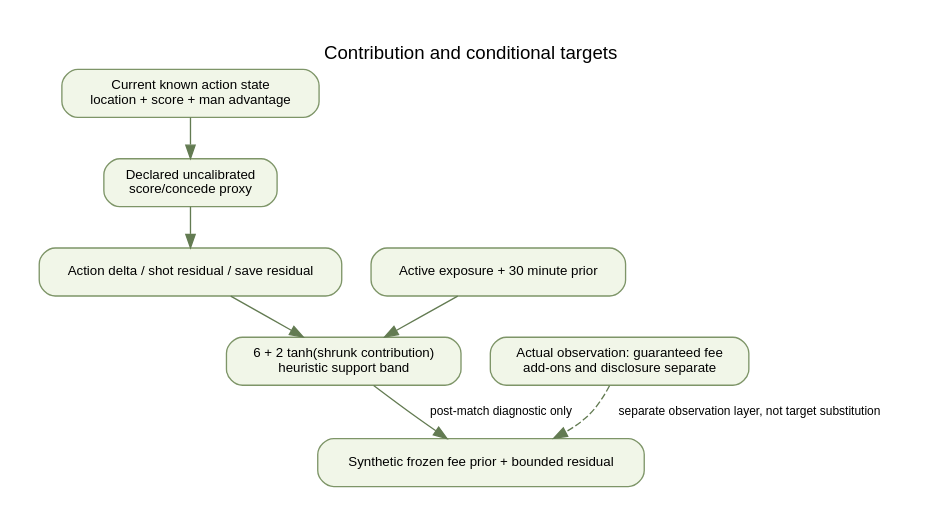
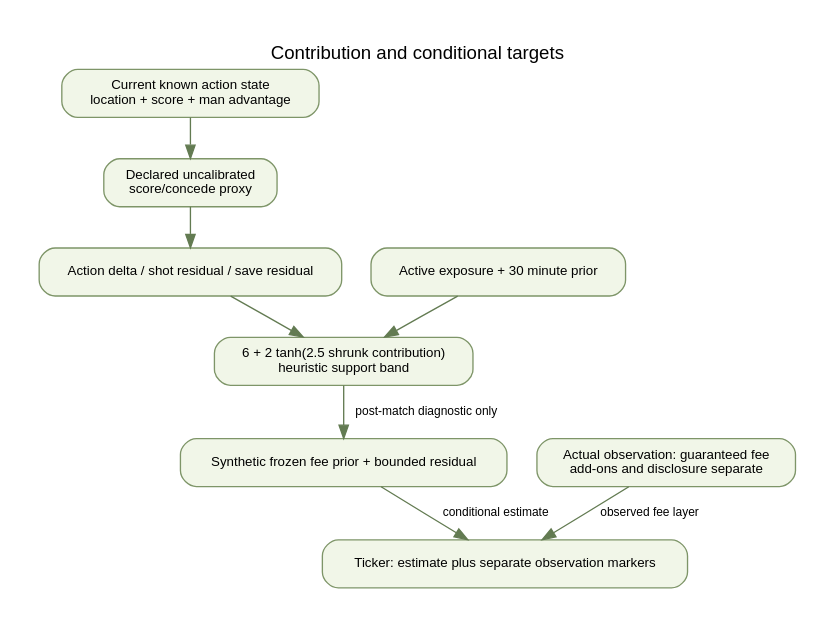
Before and after one commit to Aneesh495/matchpulse: the diagram in docs/diagrams/08-numerics.dot, drawn with Graphviz. The commit also changed 13 other files, not shown here.

```diff
--- a/docs/diagrams/08-numerics.dot
+++ b/docs/diagrams/08-numerics.dot
@@ -1,5 +1,5 @@
 digraph G { graph [rankdir=TB,bgcolor="white",fontname="Helvetica",label="Contribution and conditional targets",labelloc=t,pad=0.3,nodesep=0.3,ranksep=0.4]; node [shape=box,style="rounded,filled",fillcolor="#f1f6e8",color="#7e9568",fontname="Helvetica",fontsize=10,margin="0.15,0.1"]; edge [color="#637b52",fontname="Helvetica",fontsize=9]; state [label="Current known action state
 location + score + man advantage"]; proxy [label="Declared uncalibrated
-score/concede proxy"]; delta [label="Action delta / shot residual / save residual"]; minutes [label="Active exposure + 30 minute prior"]; rating [label="6 + 2 tanh(shrunk contribution)
+score/concede proxy"]; delta [label="Action delta / shot residual / save residual"]; minutes [label="Active exposure + 30 minute prior"]; rating [label="6 + 2 tanh(2.5 shrunk contribution)
 heuristic support band"]; fee [label="Synthetic frozen fee prior + bounded residual"]; observation [label="Actual observation: guaranteed fee
-add-ons and disclosure separate"]; state -> proxy -> delta -> rating; minutes -> rating; rating -> fee [label="post-match diagnostic only"]; observation -> fee [style=dashed,label="separate observation layer, not target substitution"]; }
+add-ons and disclosure separate"]; state -> proxy -> delta -> rating; minutes -> rating; rating -> fee [label="post-match diagnostic only"]; ticker [label="Ticker: estimate plus separate observation markers"]; fee -> ticker [label="conditional estimate"]; observation -> ticker [label="observed fee layer"]; }
```
